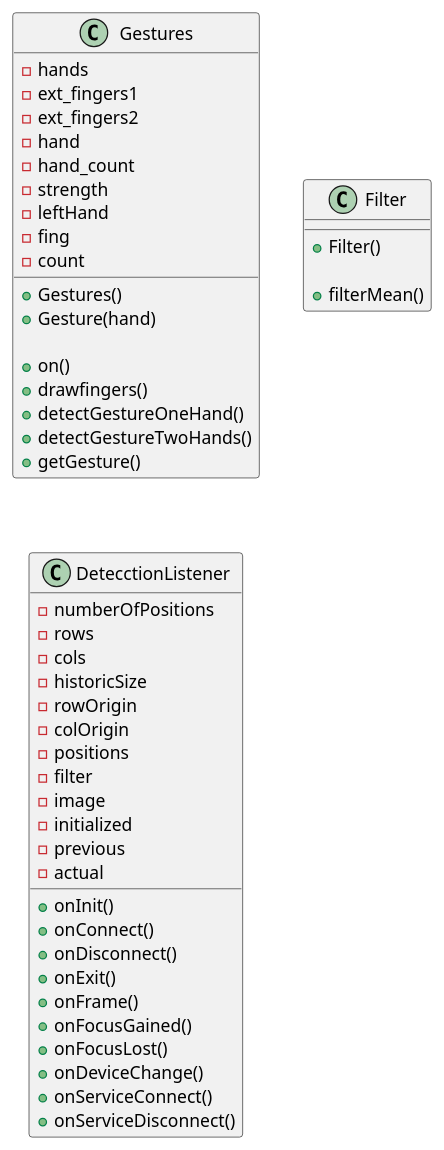
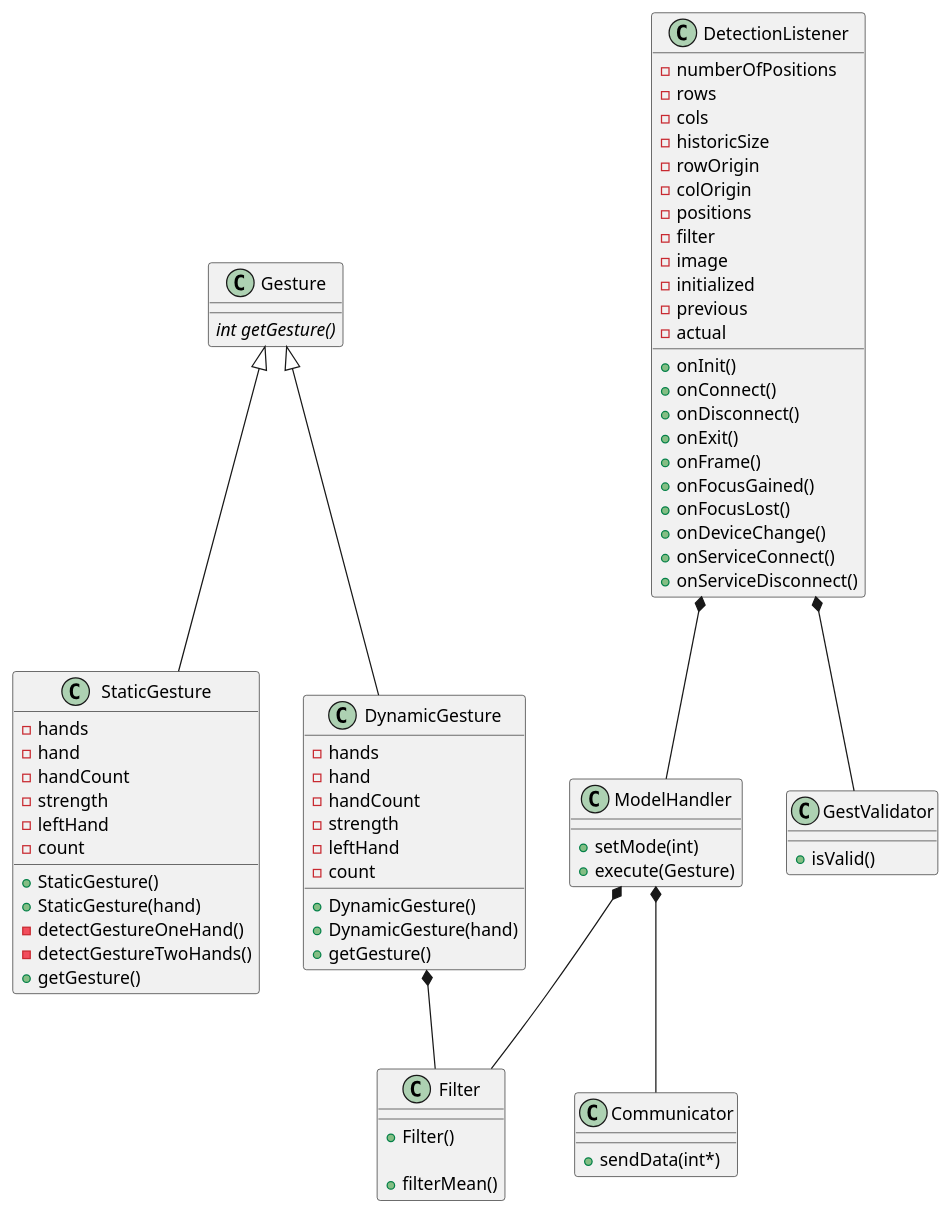
One commit to BenjaminDeguerre/GroupProjectLeap changed the diagram in uml/classDiagram.PlantUML. Above: the diagram before and after it, drawn with PlantUML. The commit also changed 1 other file, not shown here.

Commit message:
uml update

```diff
--- a/uml/classDiagram.PlantUML
+++ b/uml/classDiagram.PlantUML
@@ -1,56 +1,87 @@
 @startuml
 
-class Gestures {
-  +Gestures()
-  +Gesture(hand)
+class Gesture {
+  {abstract} int getGesture()
+}
 
-  +on()
-  +drawfingers()
-  +detectGestureOneHand()
-  +detectGestureTwoHands()
+class StaticGesture {
+  +StaticGesture()
+  +StaticGesture(hand)
+  -detectGestureOneHand()
+  -detectGestureTwoHands()
   +getGesture()
 
   -hands
-  -ext_fingers1
-  -ext_fingers2
   -hand
-  -hand_count
+  -handCount
   -strength
   -leftHand
-  -fing
+  -count
+}
+
+class DynamicGesture {
+  +DynamicGesture()
+  +DynamicGesture(hand)
+  +getGesture()
+
+  -hands
+  -hand
+  -handCount
+  -strength
+  -leftHand
   -count
 }
 
 class Filter {
   +Filter()
 
   +filterMean()
 }
 
-class DetecctionListener {
+class DetectionListener {
   +onInit()
   +onConnect()
   +onDisconnect()
   +onExit()
 	+onFrame()
 	+onFocusGained()
 	+onFocusLost()
 	+onDeviceChange()
 	+onServiceConnect()
 	+onServiceDisconnect()
 
   -numberOfPositions
   -rows
   -cols
   -historicSize
   -rowOrigin
   -colOrigin
   -positions
   -filter
   -image
   -initialized
   -previous
   -actual
 }
 
+class ModelHandler {
+  +setMode(int)
+  +execute(Gesture)
+}
+
+class Communicator {
+  +sendData(int*)
+}
+
+class GestValidator {
+  +isValid()
+}
+
+Gesture <|-- StaticGesture
+Gesture <|-- DynamicGesture
+ModelHandler *-- Communicator
+ModelHandler *-- Filter
+DetectionListener *-- ModelHandler
+DetectionListener *-- GestValidator
+DynamicGesture *-- Filter
 @enduml
```
